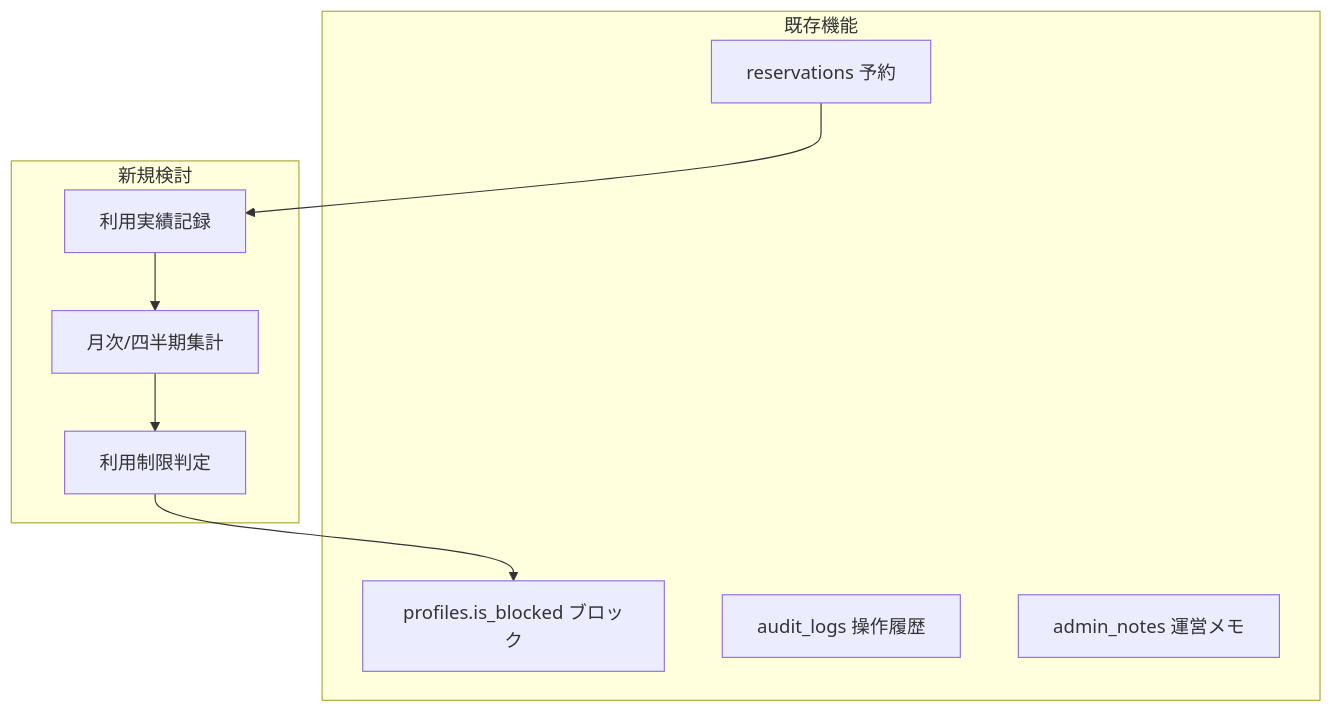
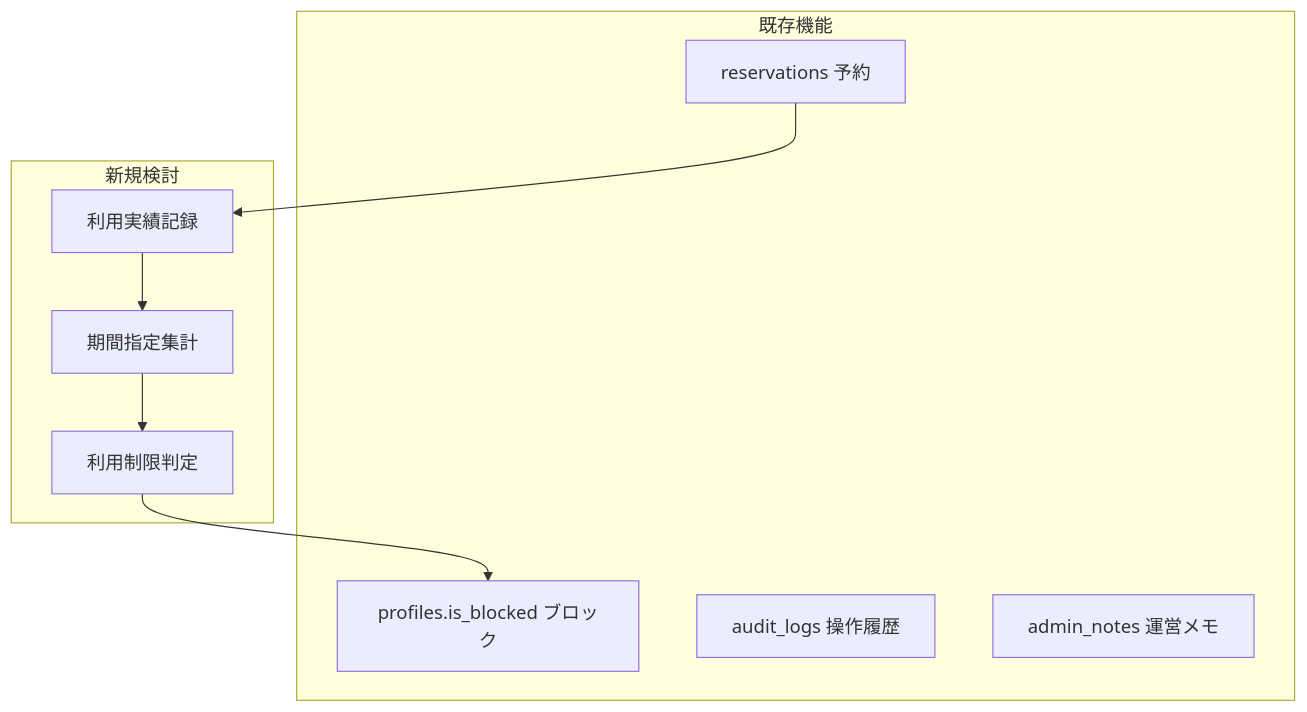
The diagram in docs/app/31_utilization_records_requirements.md (iparkadmin/tennis-reservation), drawn with Mermaid before and after one commit. The commit also changed other lines of this file and 4 other files, not shown here.

````diff
--- a/docs/app/31_utilization_records_requirements.md
+++ b/docs/app/31_utilization_records_requirements.md
@@ -16,20 +16,20 @@
 ```mermaid
 flowchart TB
     subgraph existing [既存機能]
         Res[reservations 予約]
         Prof[profiles.is_blocked ブロック]
         Audit[audit_logs 操作履歴]
         AdminNotes[admin_notes 運営メモ]
     end
 
     subgraph new [新規検討]
         UtilRec[利用実績記録]
-        Agg[月次/四半期集計]
+        Agg[期間指定集計]
         Limit[利用制限判定]
     end
 
     Res --> UtilRec
     UtilRec --> Agg
     Agg --> Limit
     Limit --> Prof
 ```
````
